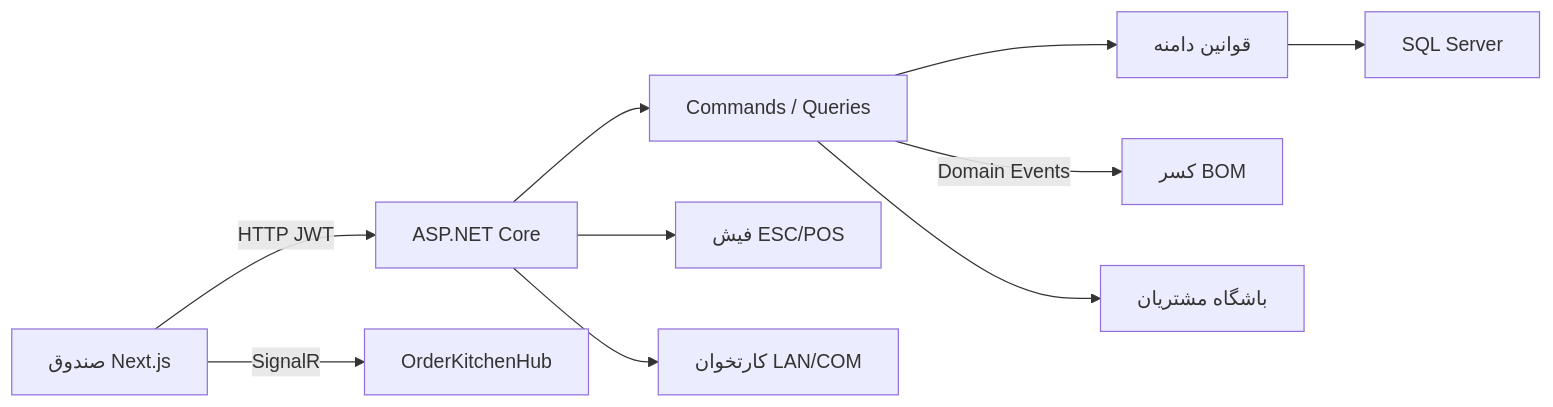
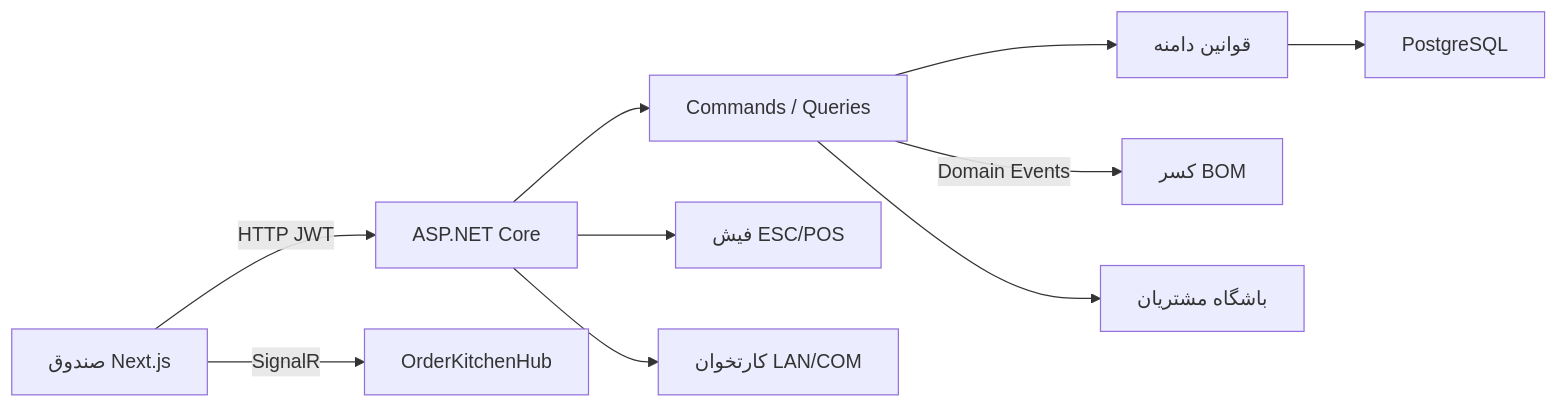
One commit to BusinessProfessionalLab/PnaraV2 changed the diagram in RestoPOS/docs/SYSTEM_DOCUMENTATION.md. Above: the diagram before and after it, drawn with Mermaid. The commit also changed other lines of this file and 40 other files, not shown here.

````diff
--- a/RestoPOS/docs/SYSTEM_DOCUMENTATION.md
+++ b/RestoPOS/docs/SYSTEM_DOCUMENTATION.md
@@ -39,12 +39,12 @@
 ```mermaid
 flowchart LR
   UI[صندوق Next.js] -->|HTTP JWT| API[ASP.NET Core]
   UI -->|SignalR| Hub[OrderKitchenHub]
   API --> MediatR[Commands / Queries]
   MediatR --> Domain[قوانین دامنه]
-  Domain --> EF[SQL Server]
+  Domain --> EF[PostgreSQL]
   MediatR -->|Domain Events| Inv[کسر BOM]
   MediatR --> CRM[باشگاه مشتریان]
   API --> ESC[فیش ESC/POS]
   API --> PCPOS[کارتخوان LAN/COM]
 ```
````
